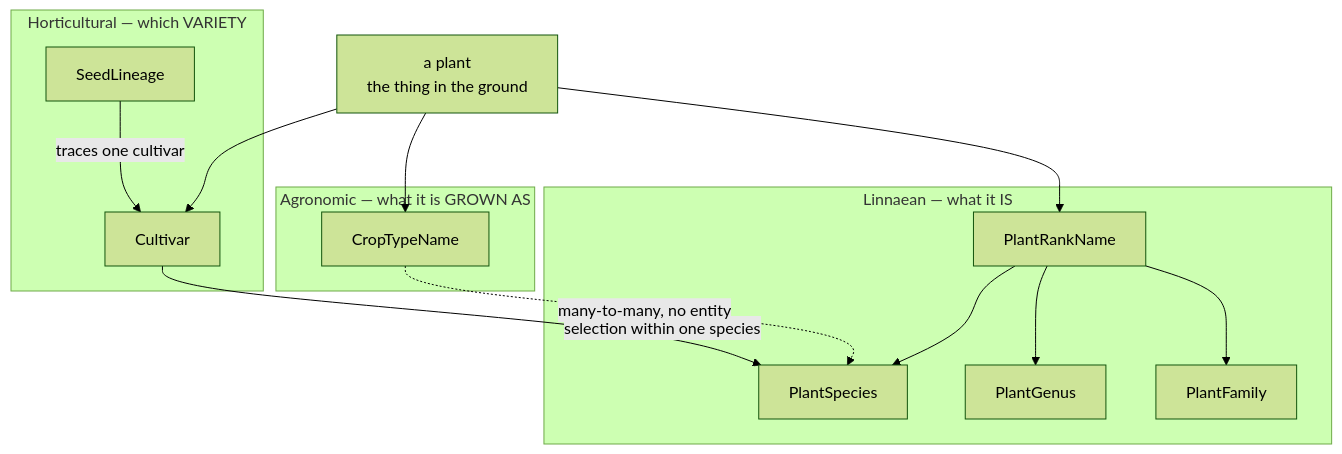
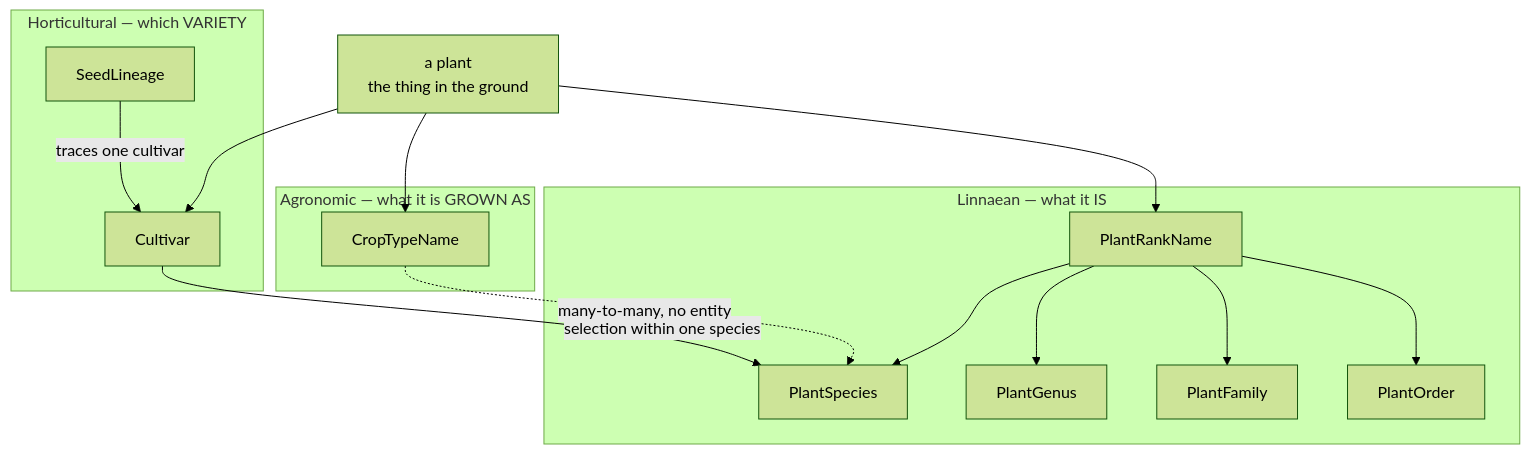
One commit to pway99/naturalist changed the first of 4 diagrams in domains/plants/docs/plants-ubl.md. Above: the diagram before and after it, drawn with Mermaid (forest theme). The commit also changed other lines of this file and 44 other files, not shown here.

First line of the commit message:
feat(plants): PlantOrder closes the rank chain (M2g)

````diff
--- a/domains/plants/docs/plants-ubl.md
+++ b/domains/plants/docs/plants-ubl.md
@@ -27,30 +27,32 @@
 ```mermaid
 graph TD
     P["a plant<br/>the thing in the ground"]
 
     subgraph Linnaean["Linnaean — what it IS"]
         RN["PlantRankName"]
+        O["PlantOrder"]
         F["PlantFamily"]
         G["PlantGenus"]
         S["PlantSpecies"]
     end
 
     subgraph Hort["Horticultural — which VARIETY"]
         CV["Cultivar"]
         SL["SeedLineage"]
     end
 
     subgraph Agro["Agronomic — what it is GROWN AS"]
         CT["CropTypeName"]
     end
 
     P --> RN
     P --> CV
     P --> CT
+    RN --> O
     RN --> F
     RN --> G
     RN --> S
     CV -->|"selection within one species"| S
     SL -->|"traces one cultivar"| CV
     CT -.->|"many-to-many, no entity"| S
 ```
````
